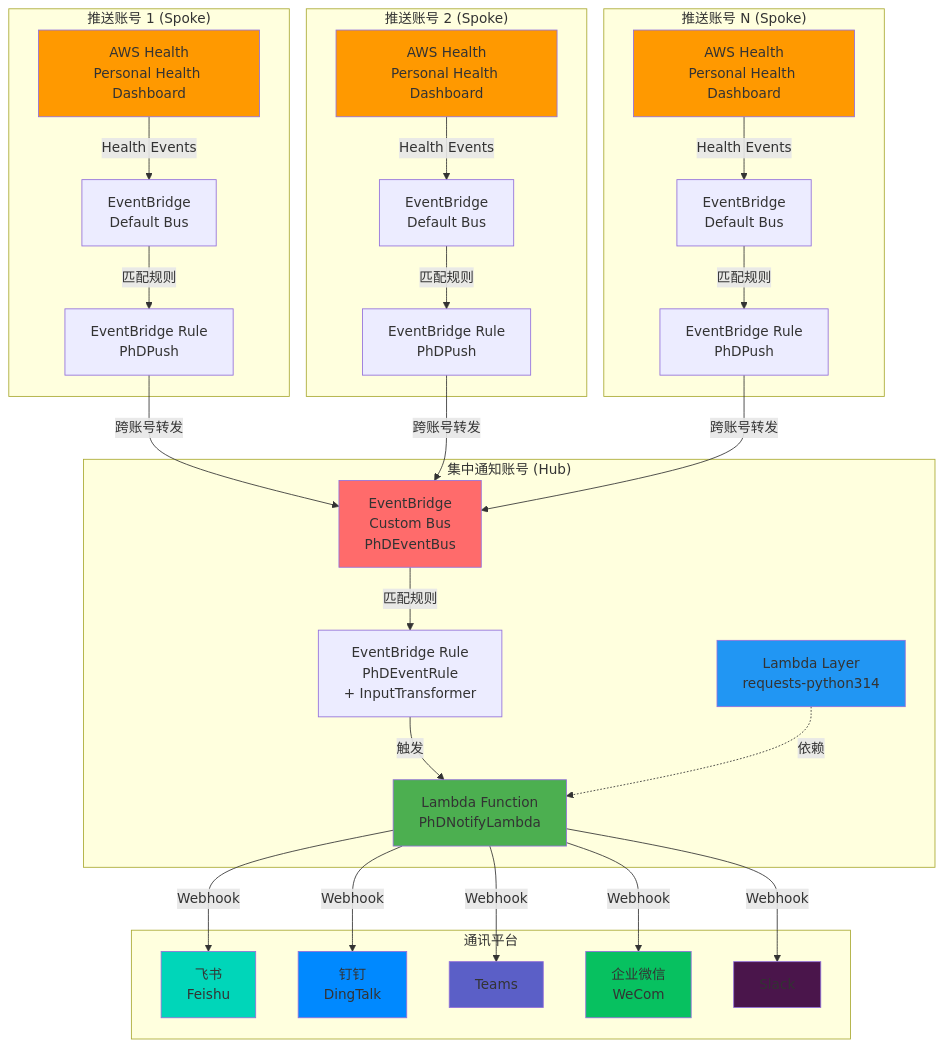
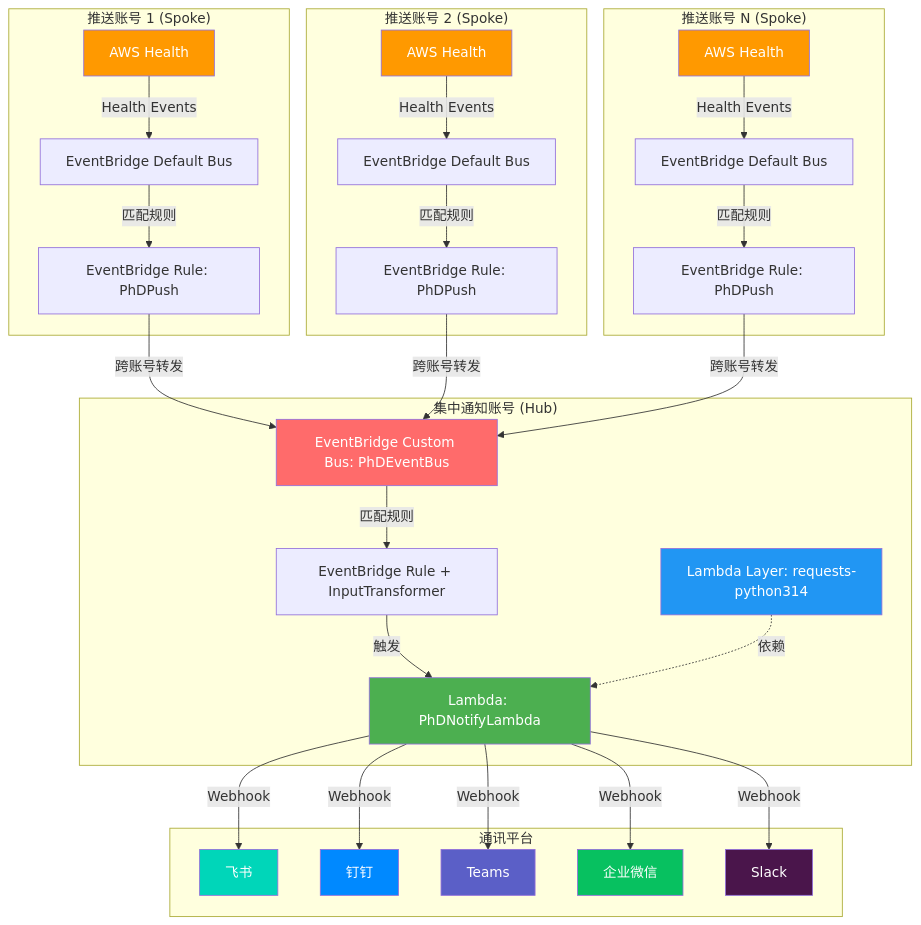
One commit to catersai/AWSCN-PhD-Notification changed the first of 2 diagrams in ARCHITECTURE.md. Above: the diagram before and after it, drawn with Mermaid. The commit also changed other lines of this file, not shown here.

Commit message:
fix: 修复GitHub Mermaid架构图渲染错误

````diff
--- a/ARCHITECTURE.md
+++ b/ARCHITECTURE.md
@@ -5,67 +5,67 @@
 ```mermaid
 graph TB
-    subgraph "推送账号 1 (Spoke)"
-        PHD1[AWS Health<br/>Personal Health Dashboard]
-        EB1[EventBridge<br/>Default Bus]
-        Rule1[EventBridge Rule<br/>PhDPush]
+    subgraph Spoke1["推送账号 1 (Spoke)"]
+        PHD1["AWS Health"]
+        EB1["EventBridge Default Bus"]
+        Rule1["EventBridge Rule: PhDPush"]
         PHD1 -->|Health Events| EB1
         EB1 -->|匹配规则| Rule1
     end
 
-    subgraph "推送账号 2 (Spoke)"
-        PHD2[AWS Health<br/>Personal Health Dashboard]
-        EB2[EventBridge<br/>Default Bus]
-        Rule2[EventBridge Rule<br/>PhDPush]
+    subgraph Spoke2["推送账号 2 (Spoke)"]
+        PHD2["AWS Health"]
+        EB2["EventBridge Default Bus"]
+        Rule2["EventBridge Rule: PhDPush"]
         PHD2 -->|Health Events| EB2
         EB2 -->|匹配规则| Rule2
     end
 
-    subgraph "推送账号 N (Spoke)"
-        PHD3[AWS Health<br/>Personal Health Dashboard]
-        EB3[EventBridge<br/>Default Bus]
-        Rule3[EventBridge Rule<br/>PhDPush]
+    subgraph SpokeN["推送账号 N (Spoke)"]
+        PHD3["AWS Health"]
+        EB3["EventBridge Default Bus"]
+        Rule3["EventBridge Rule: PhDPush"]
         PHD3 -->|Health Events| EB3
         EB3 -->|匹配规则| Rule3
     end
 
-    subgraph "集中通知账号 (Hub)"
-        CEB[EventBridge<br/>Custom Bus<br/>PhDEventBus]
-        CRule[EventBridge Rule<br/>PhDEventRule<br/>+ InputTransformer]
-        Lambda[Lambda Function<br/>PhDNotifyLambda]
-        Layer[Lambda Layer<br/>requests-python314]
-        
+    subgraph Hub["集中通知账号 (Hub)"]
+        CEB["EventBridge Custom Bus: PhDEventBus"]
+        CRule["EventBridge Rule + InputTransformer"]
+        Lambda["Lambda: PhDNotifyLambda"]
+        Layer["Lambda Layer: requests-python314"]
+
         CEB -->|匹配规则| CRule
         CRule -->|触发| Lambda
         Layer -.->|依赖| Lambda
     end
 
-    subgraph "通讯平台"
-        Feishu[飞书<br/>Feishu]
-        DingTalk[钉钉<br/>DingTalk]
-        Teams[Teams]
-        WeCom[企业微信<br/>WeCom]
-        Slack[Slack]
+    subgraph IM["通讯平台"]
+        Feishu["飞书"]
+        DingTalk["钉钉"]
+        Teams["Teams"]
+        WeCom["企业微信"]
+        Slack["Slack"]
     end
 
     Rule1 -->|跨账号转发| CEB
     Rule2 -->|跨账号转发| CEB
     Rule3 -->|跨账号转发| CEB
 
     Lambda -->|Webhook| Feishu
     Lambda -->|Webhook| DingTalk
     Lambda -->|Webhook| Teams
     Lambda -->|Webhook| WeCom
     Lambda -->|Webhook| Slack
 
-    style PHD1 fill:#FF9900
-    style PHD2 fill:#FF9900
-    style PHD3 fill:#FF9900
-    style CEB fill:#FF6B6B
-    style Lambda fill:#4CAF50
-    style Layer fill:#2196F3
-    style Feishu fill:#00D6B9
-    style DingTalk fill:#0089FF
-    style Teams fill:#5B5FC7
-    style WeCom fill:#07C160
-    style Slack fill:#4A154B
+    style PHD1 fill:#FF9900,color:#fff
+    style PHD2 fill:#FF9900,color:#fff
+    style PHD3 fill:#FF9900,color:#fff
+    style CEB fill:#FF6B6B,color:#fff
+    style Lambda fill:#4CAF50,color:#fff
+    style Layer fill:#2196F3,color:#fff
+    style Feishu fill:#00D6B9,color:#fff
+    style DingTalk fill:#0089FF,color:#fff
+    style Teams fill:#5B5FC7,color:#fff
+    style WeCom fill:#07C160,color:#fff
+    style Slack fill:#4A154B,color:#fff
 ```
````
